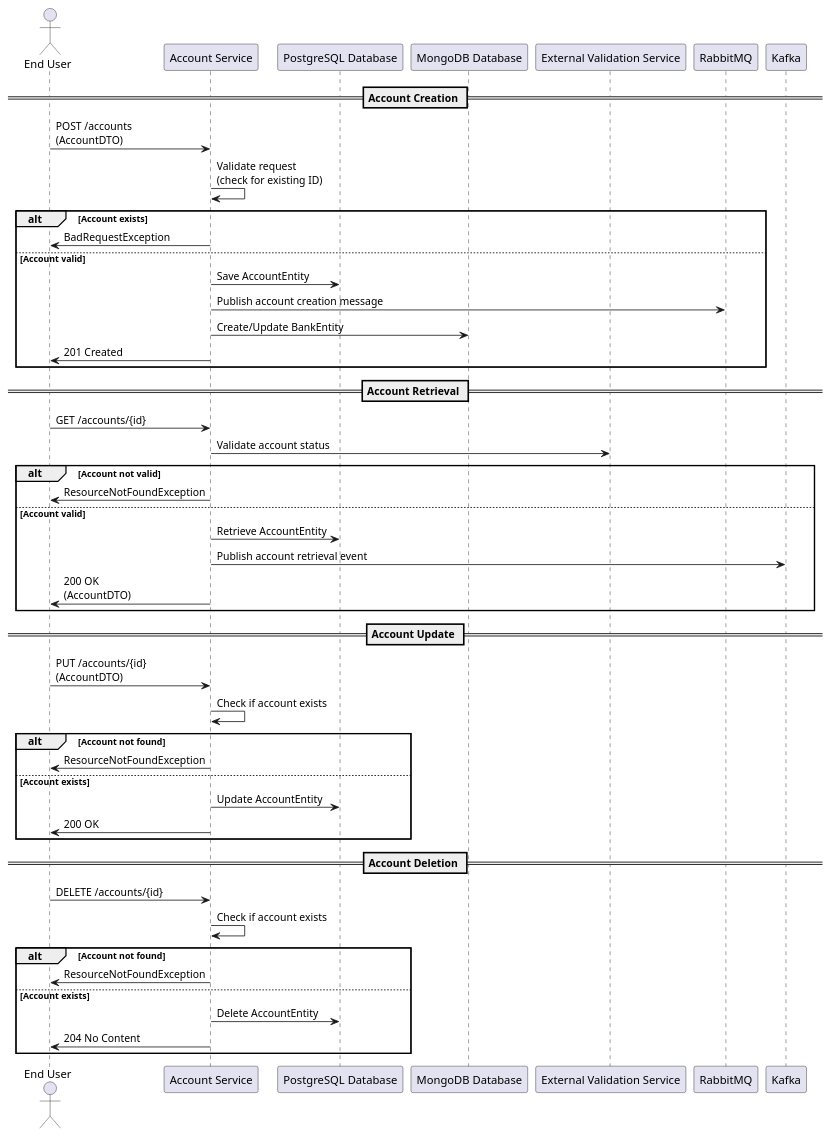
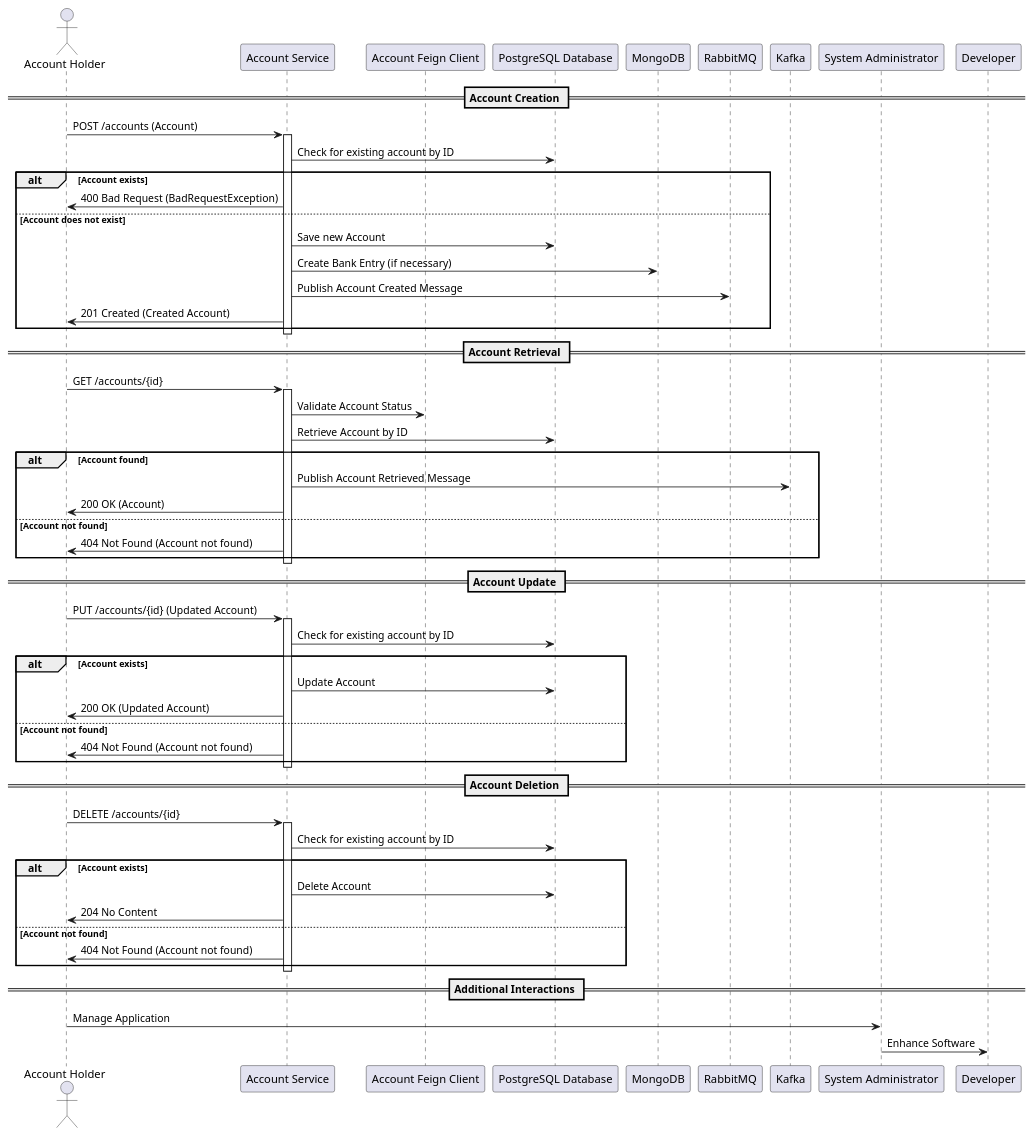
One commit to Bhaskar-Pavan/AccountService changed the diagram in design_document/Account_service.md. Above: the diagram before and after it, drawn with PlantUML. The commit also changed other lines of this file, not shown here.

````diff
--- a/design_document/Account_service.md
+++ b/design_document/Account_service.md
@@ -37,55 +45,75 @@
 ```plantuml
 @startuml
-actor "End User" as User
+
+actor "Account Holder" as Client
 participant "Account Service" as Service
-participant "PostgreSQL Database" as PGDB
-participant "MongoDB Database" as MongoDB
-participant "External Validation Service" as ValidationService
+participant "Account Feign Client" as FeignClient
+participant "PostgreSQL Database" as PostgreSQL
+participant "MongoDB" as MongoDB
 participant "RabbitMQ" as RabbitMQ
 participant "Kafka" as Kafka
+participant "System Administrator" as Admin
+participant "Developer" as Developer
 
 == Account Creation ==
-User -> Service: POST /accounts\n(AccountDTO)
-Service -> Service: Validate request\n(check for existing ID)
+
+Client -> Service: POST /accounts (Account)
+activate Service
+Service -> PostgreSQL: Check for existing account by ID
 alt Account exists
-    Service -> User: BadRequestException
-else Account valid
-    Service -> PGDB: Save AccountEntity
-    Service -> RabbitMQ: Publish account creation message
-    Service -> MongoDB: Create/Update BankEntity
-    Service -> User: 201 Created
+    Service -> Client: 400 Bad Request (BadRequestException)
+else Account does not exist
+    Service -> PostgreSQL: Save new Account
+    Service -> MongoDB: Create Bank Entry (if necessary)
+    Service -> RabbitMQ: Publish Account Created Message
+    Service -> Client: 201 Created (Created Account)
 end
+deactivate Service
 
 == Account Retrieval ==
-User -> Service: GET /accounts/{id}
-Service -> ValidationService: Validate account status
-alt Account not valid
-    Service -> User: ResourceNotFoundException
-else Account valid
-    Service -> PGDB: Retrieve AccountEntity
-    Service -> Kafka: Publish account retrieval event
-    Service -> User: 200 OK\n(AccountDTO)
+
+Client -> Service: GET /accounts/{id}
+activate Service
+Service -> FeignClient: Validate Account Status
+Service -> PostgreSQL: Retrieve Account by ID
+alt Account found
+    Service -> Kafka: Publish Account Retrieved Message
+    Service -> Client: 200 OK (Account)
+else Account not found
+    Service -> Client: 404 Not Found (Account not found)
 end
+deactivate Service
 
 == Account Update ==
-User -> Service: PUT /accounts/{id}\n(AccountDTO)
-Service -> Service: Check if account exists
-alt Account not found
-    Service -> User: ResourceNotFoundException
-else Account exists
-    Service -> PGDB: Update AccountEntity
-    Service -> User: 200 OK
+
+Client -> Service: PUT /accounts/{id} (Updated Account)
+activate Service
+Service -> PostgreSQL: Check for existing account by ID
+alt Account exists
+    Service -> PostgreSQL: Update Account
+    Service -> Client: 200 OK (Updated Account)
+else Account not found
+    Service -> Client: 404 Not Found (Account not found)
 end
+deactivate Service
 
 == Account Deletion ==
-User -> Service: DELETE /accounts/{id}
-Service -> Service: Check if account exists
-alt Account not found
-    Service -> User: ResourceNotFoundException
-else Account exists
-    Service -> PGDB: Delete AccountEntity
-    Service -> User: 204 No Content
+
+Client -> Service: DELETE /accounts/{id}
+activate Service
+Service -> PostgreSQL: Check for existing account by ID
+alt Account exists
+    Service -> PostgreSQL: Delete Account
+    Service -> Client: 204 No Content
+else Account not found
+    Service -> Client: 404 Not Found (Account not found)
 end
+deactivate Service
+
+== Additional Interactions ==
+
+Client -> Admin: Manage Application
+Admin -> Developer: Enhance Software
 
 @enduml
 ```
````
